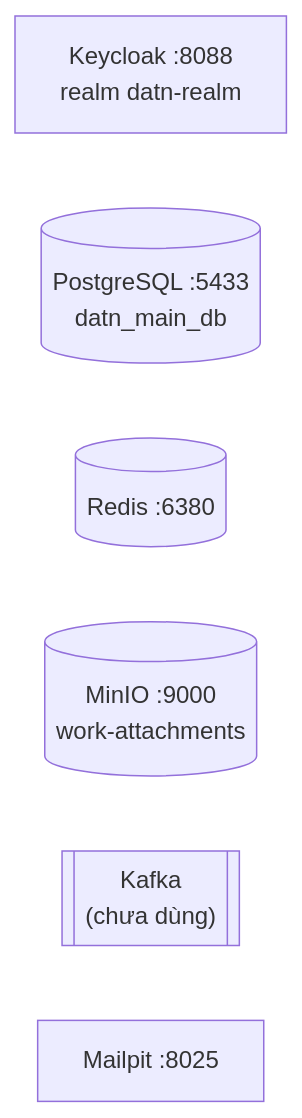
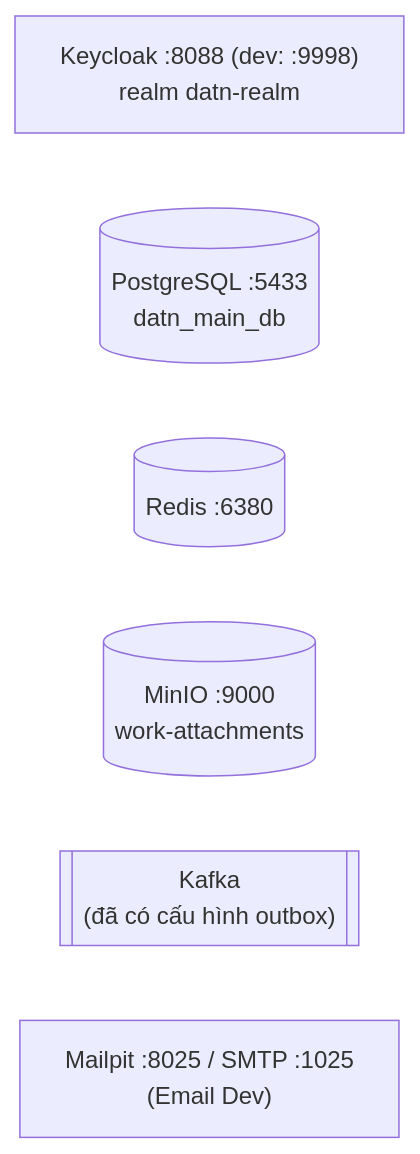
The third of 4 diagrams in formal_doc/00_MUC_LUC.md (Hecker-Chuoi/DATN-2026), drawn with Mermaid before and after one commit. The commit also changed other lines of this file and 60 other files, not shown here.

````diff
--- a/formal_doc/00_MUC_LUC.md
+++ b/formal_doc/00_MUC_LUC.md
@@ -59,9 +60,9 @@
 ```mermaid
 flowchart LR
-    KC["Keycloak :8088<br/>realm datn-realm"]
+    KC["Keycloak :8088 (dev: :9998)<br/>realm datn-realm"]
     PG[("PostgreSQL :5433<br/>datn_main_db")]
     RD[("Redis :6380")]
     MN[("MinIO :9000<br/>work-attachments")]
-    KF[["Kafka<br/>(chưa dùng)"]]
-    MP["Mailpit :8025"]
+    KF[["Kafka<br/>(đã có cấu hình outbox)"]]
+    MP["Mailpit :8025 / SMTP :1025<br/>(Email Dev)"]
 ```
````
